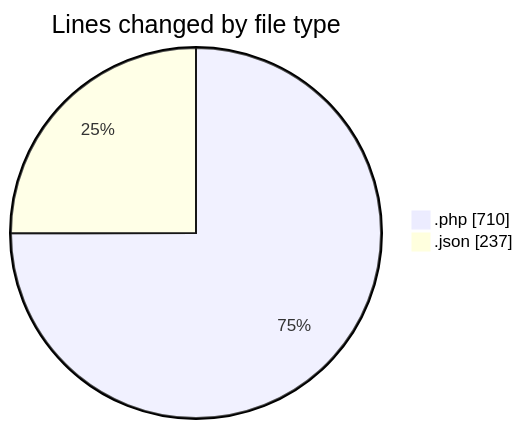
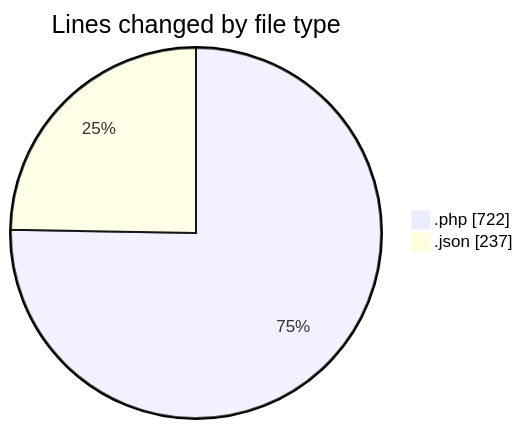
One commit to idhammustaqopulfikri/code-tracking changed the first of 2 diagrams in 2025-05-30/studio-backend/README.md. Above: the diagram before and after it, drawn with Mermaid. The commit also changed other lines of this file and 1 other file, not shown here.

````diff
--- a/2025-05-30/studio-backend/README.md
+++ b/2025-05-30/studio-backend/README.md
@@ -29,6 +29,6 @@
 ```mermaid
 pie showData
 title Lines changed by file type
-".php" : 710
+".php" : 722
 ".json" : 237
 ```
````
